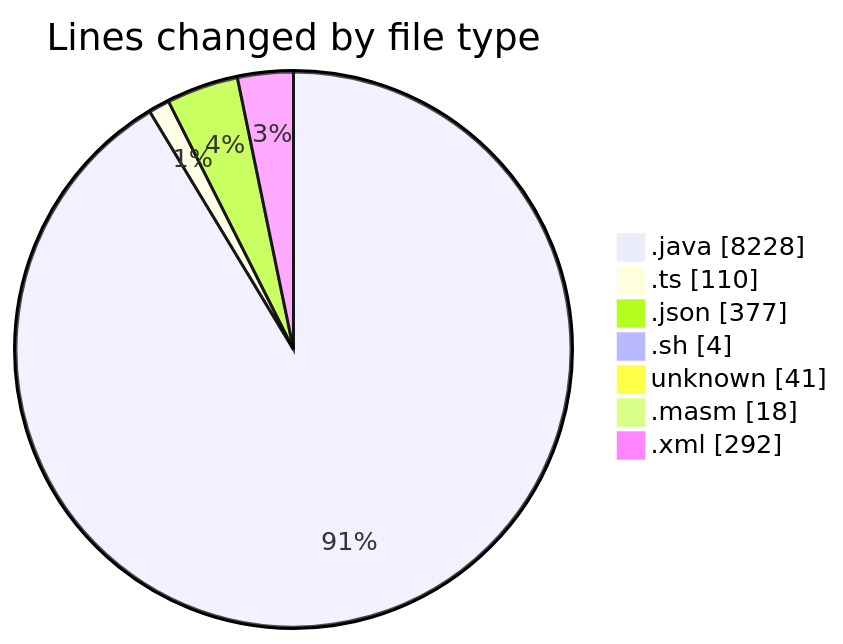
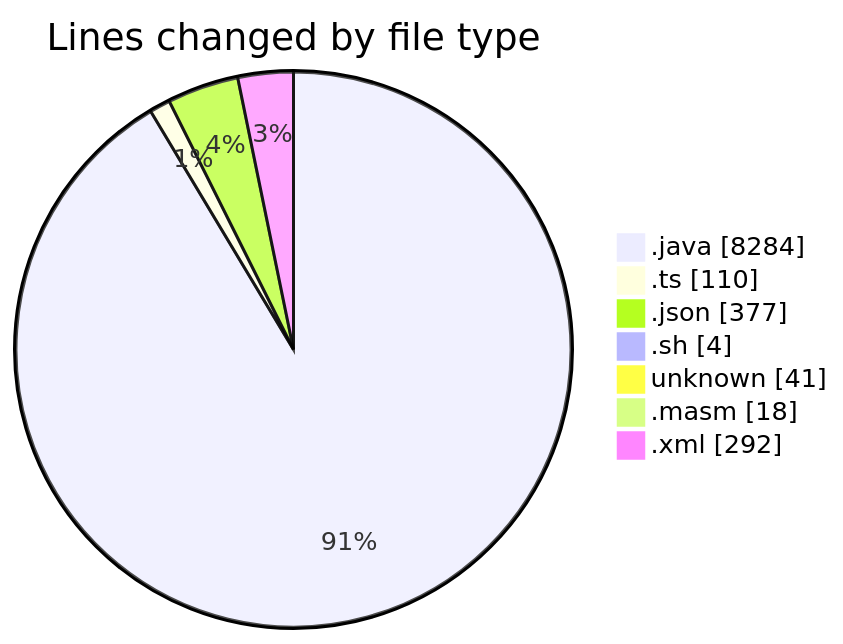
One commit to charlie-sans/code-tracking changed the first of 2 diagrams in 2025-02-20/micros/README.md. Above: the diagram before and after it, drawn with Mermaid. The commit also changed other lines of this file and 1 other file, not shown here.

````diff
--- a/2025-02-20/micros/README.md
+++ b/2025-02-20/micros/README.md
@@ -53,11 +53,11 @@
 ```mermaid
 pie showData
 title Lines changed by file type
-".java" : 8228
+".java" : 8284
 ".ts" : 110
 ".json" : 377
 ".sh" : 4
 "unknown" : 41
 ".masm" : 18
 ".xml" : 292
 ```
````
